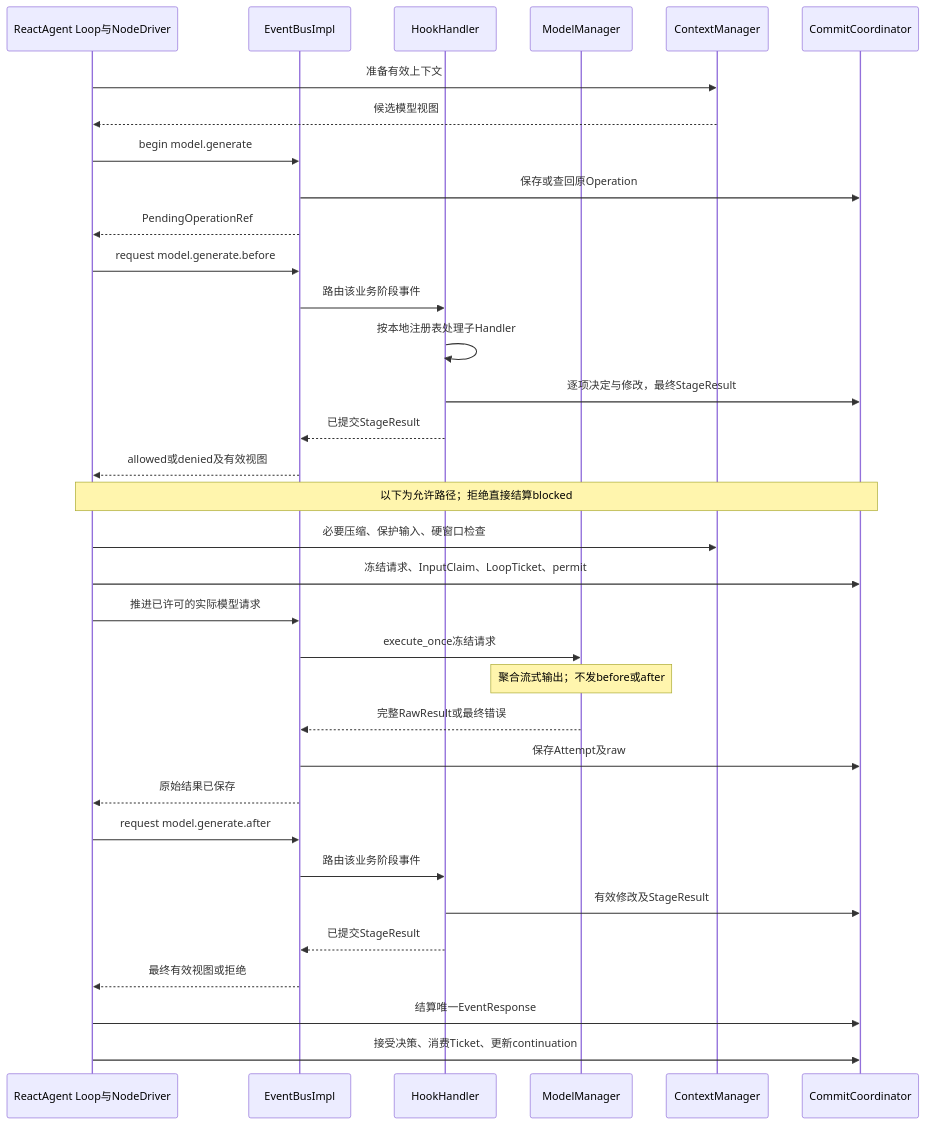
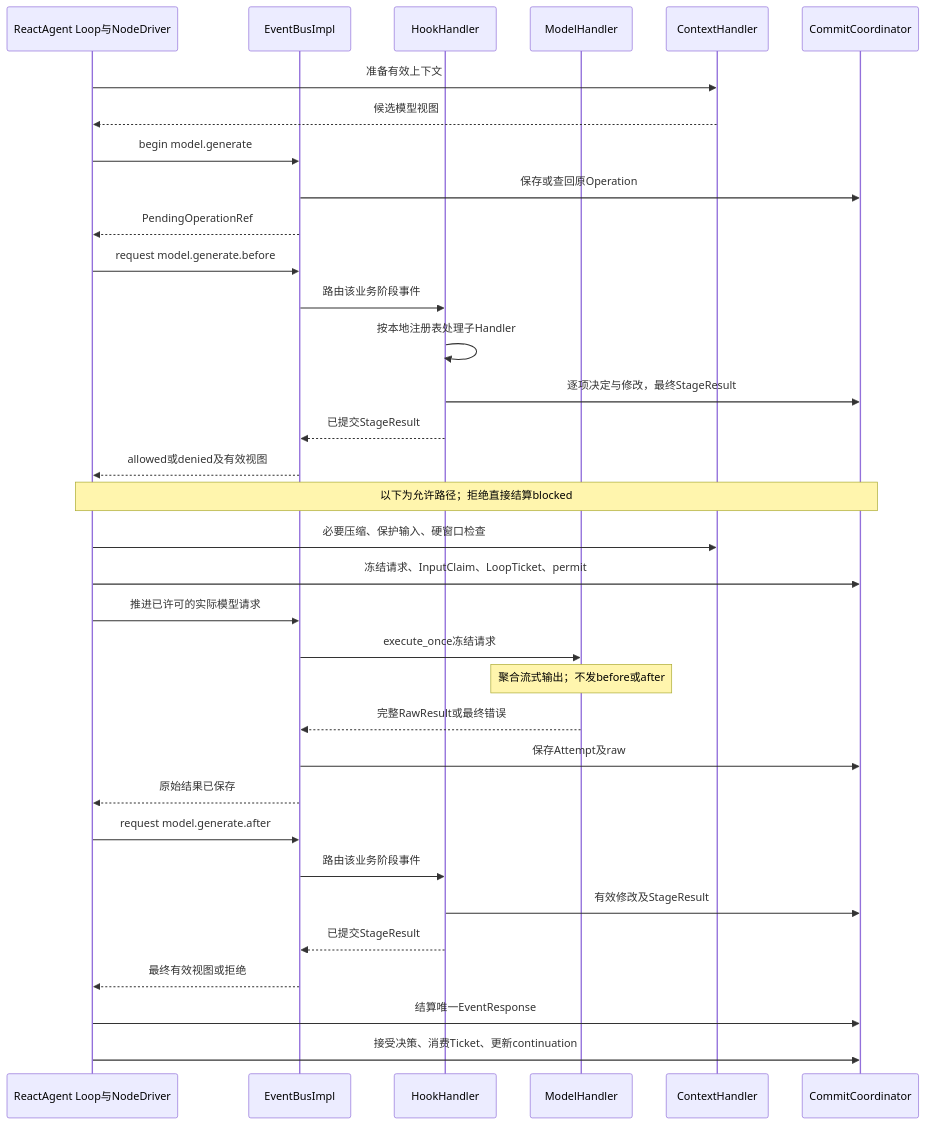
One commit to dujian0068/agent-loom changed diagram 12 of 14 in docs/sdk/object-collaboration.md. Above: the diagram before and after it, drawn with Mermaid. The commit also changed other lines of this file and 17 other files, not shown here.

````diff
--- a/docs/sdk/object-collaboration.md
+++ b/docs/sdk/object-collaboration.md
@@ -497,36 +752,36 @@
 ```mermaid
 sequenceDiagram
     participant D as ReactAgent Loop与NodeDriver
     participant B as EventBusImpl
     participant H as HookHandler
-    participant M as ModelManager
-    participant X as ContextManager
+    participant M as ModelHandler
+    participant X as ContextHandler
     participant C as CommitCoordinator
     D->>X: 准备有效上下文
     X-->>D: 候选模型视图
     D->>B: begin model.generate
     B->>C: 保存或查回原Operation
     B-->>D: PendingOperationRef
     D->>B: request model.generate.before
     B->>H: 路由该业务阶段事件
     H->>H: 按本地注册表处理子Handler
     H->>C: 逐项决定与修改，最终StageResult
     H-->>B: 已提交StageResult
     B-->>D: allowed或denied及有效视图
     Note over D,C: 以下为允许路径；拒绝直接结算blocked
     D->>X: 必要压缩、保护输入、硬窗口检查
     D->>C: 冻结请求、InputClaim、LoopTicket、permit
     D->>B: 推进已许可的实际模型请求
     B->>M: execute_once冻结请求
     Note over M: 聚合流式输出；不发before或after
     M-->>B: 完整RawResult或最终错误
     B->>C: 保存Attempt及raw
     B-->>D: 原始结果已保存
     D->>B: request model.generate.after
     B->>H: 路由该业务阶段事件
     H->>C: 有效修改及StageResult
     H-->>B: 已提交StageResult
     B-->>D: 最终有效视图或拒绝
     D->>C: 结算唯一EventResponse
     D->>C: 接受决策、消费Ticket、更新continuation
 ```
````
